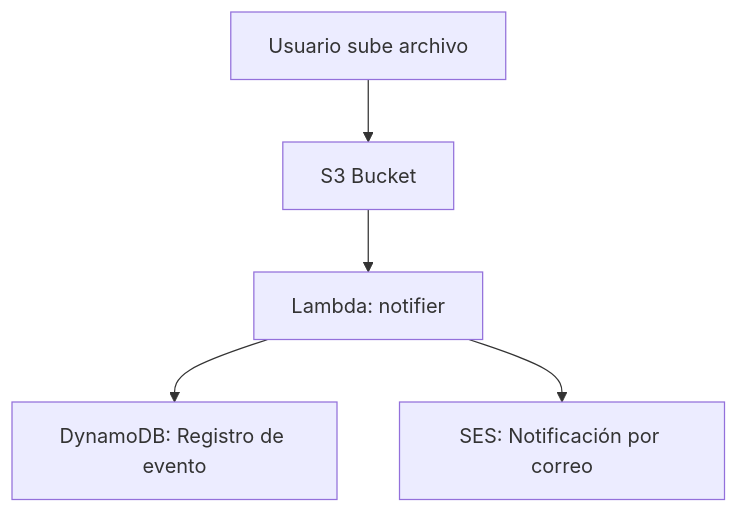
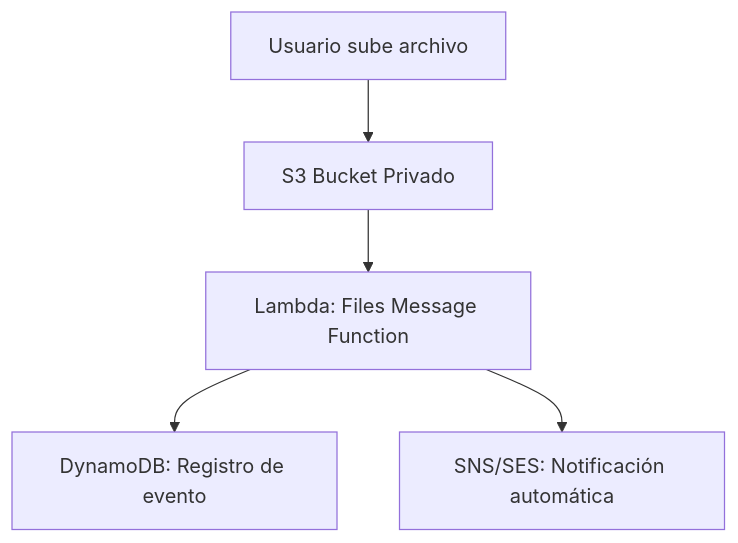
Before and after one commit to IACProject/aws_cursosOnline: the first of 3 diagrams in README.md, drawn with Mermaid. The commit also changed other lines of this file, not shown here.

````diff
--- a/README.md
+++ b/README.md
@@ -5,7 +35,7 @@
 ```mermaid
 graph TD
-    A[Usuario sube archivo] --> B[S3 Bucket]
-    B --> C[Lambda: notifier]
+    A[Usuario sube archivo] --> B[S3 Bucket Privado]
+    B --> C[Lambda: Files Message Function]
     C --> D[DynamoDB: Registro de evento]
-    C --> E[SES: Notificación por correo]
+    C --> E[SNS/SES: Notificación automática]
 ```
````
